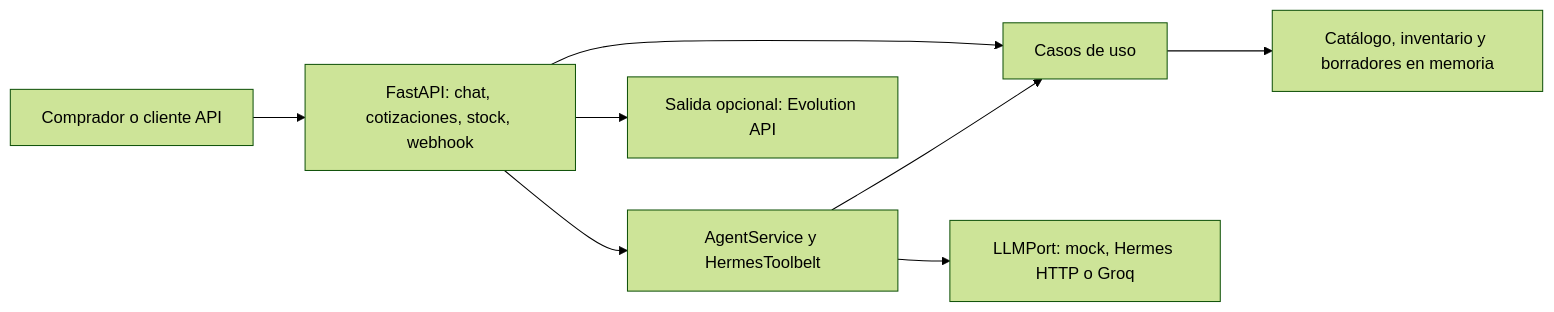
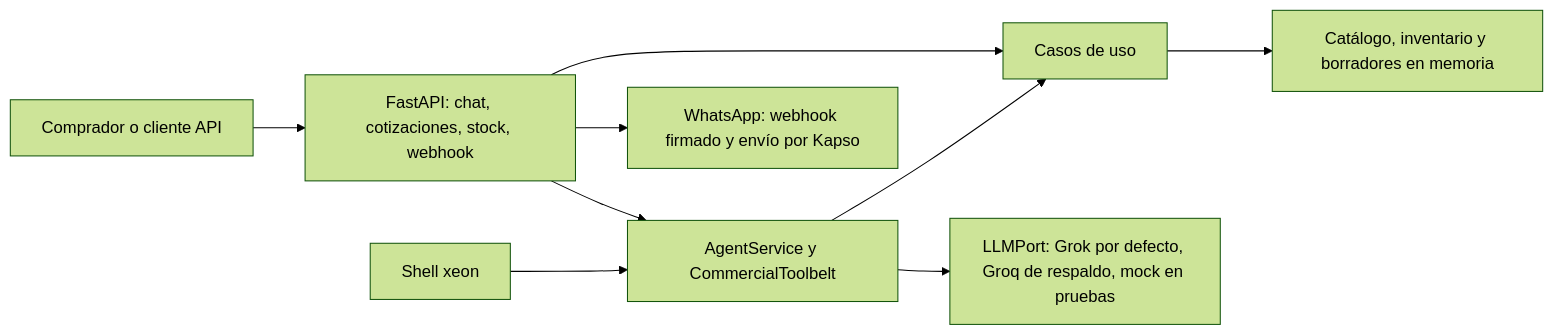
One commit to TuMinipeka/Xeon-agente-cotizaciones changed the diagram in wiki/pages/arquitectura-actual.md. Above: the diagram before and after it, drawn with Mermaid (forest theme). The commit also changed other lines of this file and 9 other files, not shown here.

````diff
--- a/wiki/pages/arquitectura-actual.md
+++ b/wiki/pages/arquitectura-actual.md
@@ -5,10 +5,11 @@
 ```mermaid
 flowchart LR
   C[Comprador o cliente API] --> A[FastAPI: chat, cotizaciones, stock, webhook]
-  A --> S[AgentService y HermesToolbelt]
+  A --> S[AgentService y CommercialToolbelt]
   A --> U[Casos de uso]
   S --> U
-  S --> L[LLMPort: mock, Hermes HTTP o Groq]
+  S --> L[LLMPort: Grok por defecto, Groq de respaldo, mock en pruebas]
   U --> M[Catálogo, inventario y borradores en memoria]
-  A --> E[Salida opcional: Evolution API]
+  A --> E[WhatsApp: webhook firmado y envío por Kapso]
+  X[Shell xeon] --> S
 ```
````
